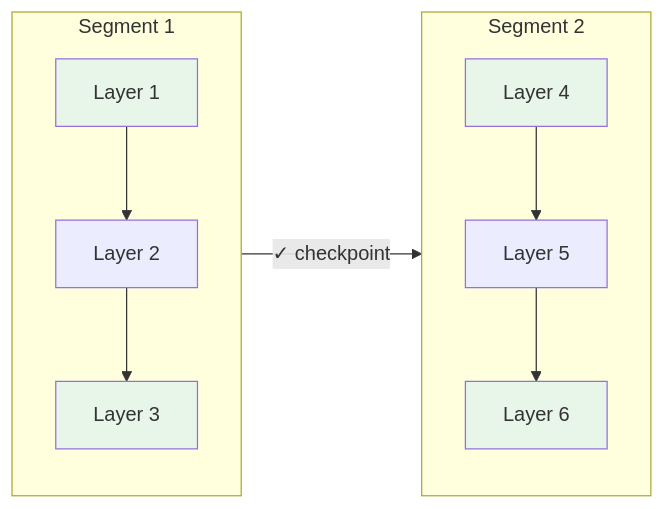
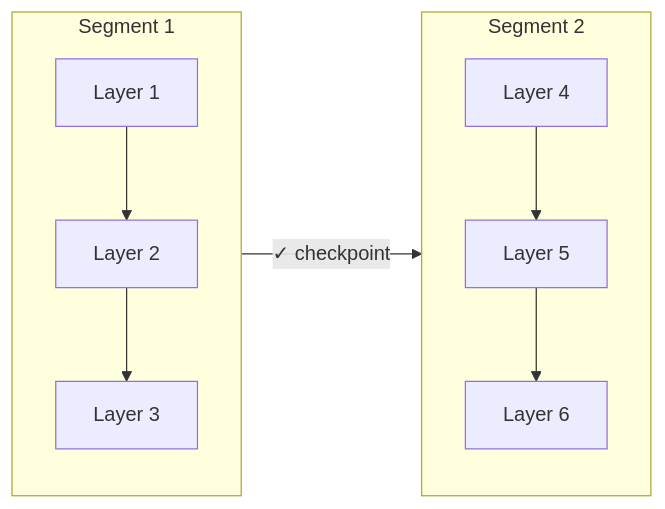
Before and after one commit to ImadDabbura/imaddabbura.github.io: the third of 3 diagrams in posts/mlsys/automatic-differentiation.qmd, drawn with Mermaid. The commit also changed other lines of this file and 19 other files, not shown here.

````diff
--- a/posts/mlsys/automatic-differentiation.qmd
+++ b/posts/mlsys/automatic-differentiation.qmd
@@ -117,15 +117,11 @@
 ```{mermaid}
 %%| fig-cap: "Checkpointing stores activations only at segment boundaries (green). During backward, each segment re-runs its forward pass to recover the discarded intermediates."
 flowchart LR
     subgraph s1 ["Segment 1"]
         L1["Layer 1"] --> L2["Layer 2"] --> L3["Layer 3"]
     end
     subgraph s2 ["Segment 2"]
         L4["Layer 4"] --> L5["Layer 5"] --> L6["Layer 6"]
     end
     s1 -->|"✓ checkpoint"| s2
-    style L1 fill:#e8f5e9
-    style L3 fill:#e8f5e9
-    style L4 fill:#e8f5e9
-    style L6 fill:#e8f5e9
 ```
````
